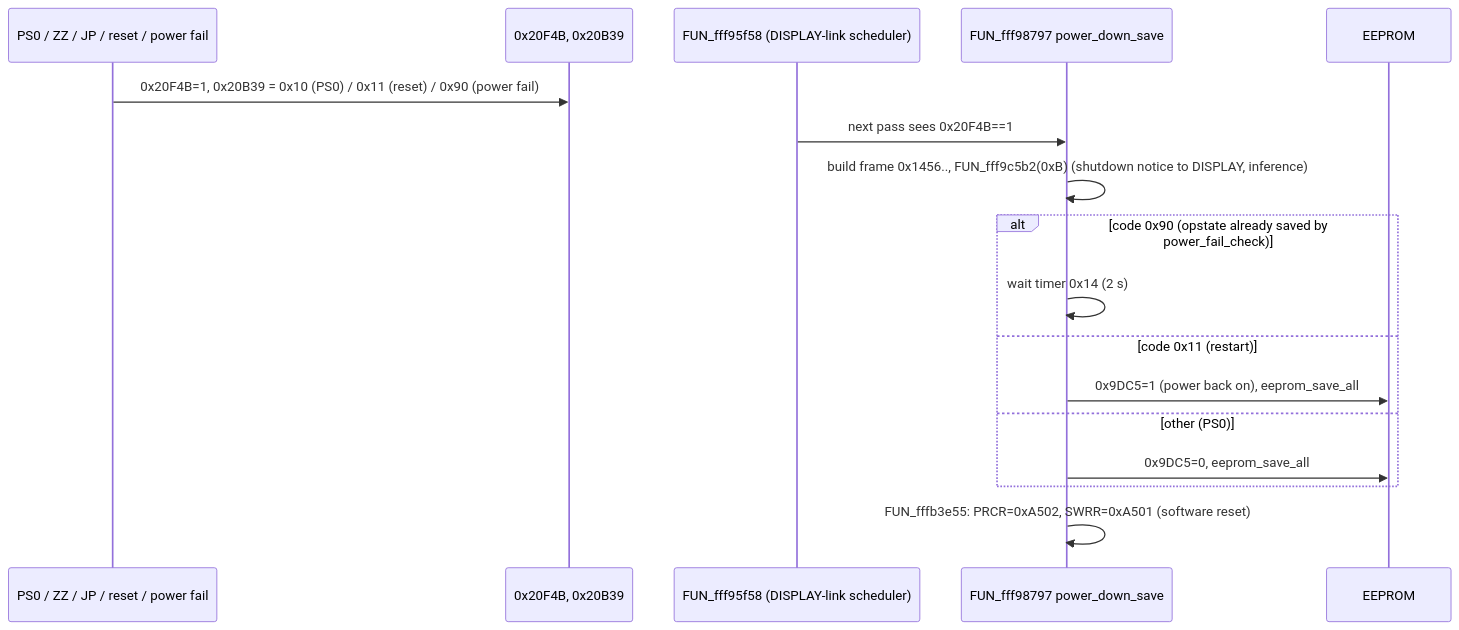
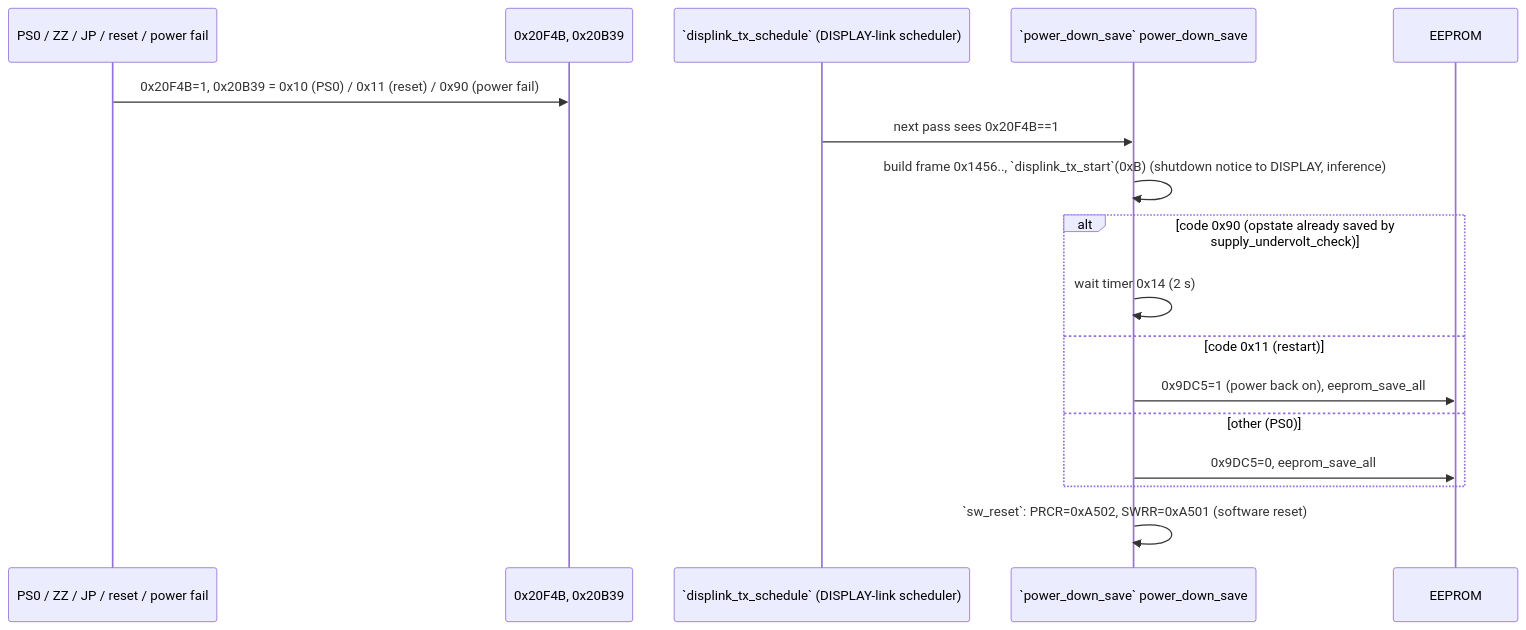
Before and after one commit to Reid-n0rc/FT-710_Firmware: the third of 3 diagrams in docs/code/main/eeprom.md, drawn with Mermaid. The commit also changed other lines of this file and 29 other files, not shown here.

````diff
--- a/docs/code/main/eeprom.md
+++ b/docs/code/main/eeprom.md
@@ -163,19 +162,19 @@
 ```mermaid
 sequenceDiagram
   participant SRC as PS0 / ZZ / JP / reset / power fail
   participant ST as 0x20F4B, 0x20B39
-  participant DL as FUN_fff95f58 (DISPLAY-link scheduler)
-  participant PD as FUN_fff98797 power_down_save
+  participant DL as `displink_tx_schedule` (DISPLAY-link scheduler)
+  participant PD as `power_down_save` power_down_save
   participant EE as EEPROM
   SRC->>ST: 0x20F4B=1, 0x20B39 = 0x10 (PS0) / 0x11 (reset) / 0x90 (power fail)
   DL->>PD: next pass sees 0x20F4B==1
-  PD->>PD: build frame 0x1456.., FUN_fff9c5b2(0xB) (shutdown notice to DISPLAY, inference)
-  alt code 0x90 (opstate already saved by power_fail_check)
+  PD->>PD: build frame 0x1456.., `displink_tx_start`(0xB) (shutdown notice to DISPLAY, inference)
+  alt code 0x90 (opstate already saved by supply_undervolt_check)
     PD->>PD: wait timer 0x14 (2 s)
   else code 0x11 (restart)
     PD->>EE: 0x9DC5=1 (power back on), eeprom_save_all
   else other (PS0)
     PD->>EE: 0x9DC5=0, eeprom_save_all
   end
-  PD->>PD: FUN_fffb3e55: PRCR=0xA502, SWRR=0xA501 (software reset)
+  PD->>PD: `sw_reset`: PRCR=0xA502, SWRR=0xA501 (software reset)
 ```
````
